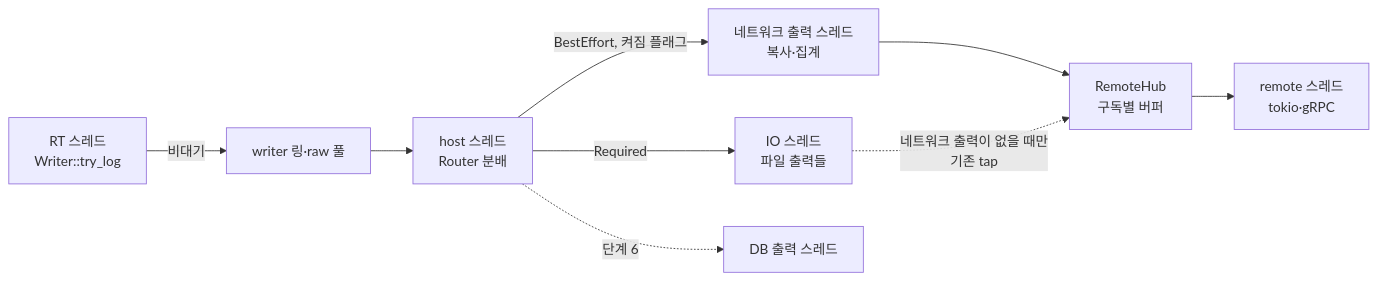
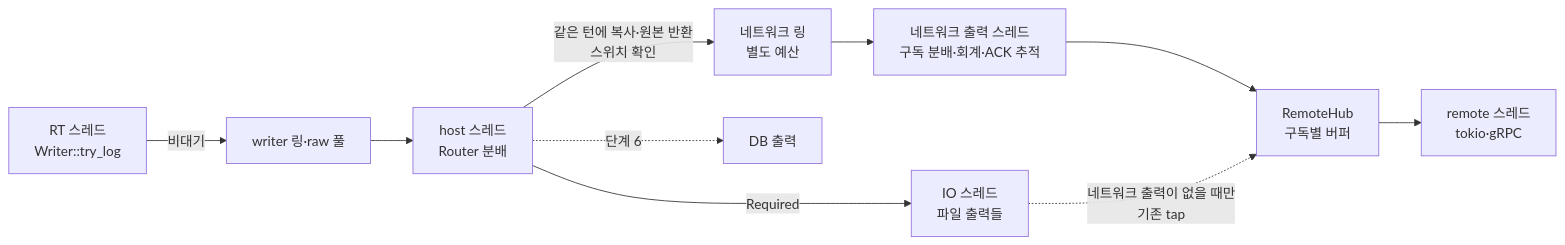
One commit to lim8603/dot-logger changed the second of 2 diagrams in .cowork/04_implementation/milestones/MS-013.md. Above: the diagram before and after it, drawn with Mermaid. The commit also changed other lines of this file and 4 other files, not shown here.

````diff
--- a/.cowork/04_implementation/milestones/MS-013.md
+++ b/.cowork/04_implementation/milestones/MS-013.md
@@ -122,11 +147,12 @@
 ```mermaid
 flowchart LR
   RT[RT 스레드<br/>Writer::try_log] -->|비대기| ING[writer 링·raw 풀]
   ING --> H[host 스레드<br/>Router 분배]
   H -->|Required| IOF[IO 스레드<br/>파일 출력들]
-  H -->|BestEffort, 켜짐 플래그| NO[네트워크 출력 스레드<br/>복사·집계]
+  H -->|같은 턴에 복사·원본 반환<br/>스위치 확인| RING[네트워크 링<br/>별도 예산]
+  RING --> NO[네트워크 출력 스레드<br/>구독 분배·회계·ACK 추적]
   NO --> HUB[RemoteHub<br/>구독별 버퍼]
   HUB --> NET[remote 스레드<br/>tokio·gRPC]
-  H -.->|단계 6| DB[DB 출력 스레드]
+  H -.->|단계 6| DB[DB 출력]
   IOF -.->|네트워크 출력이 없을 때만<br/>기존 tap| HUB
 ```
````
